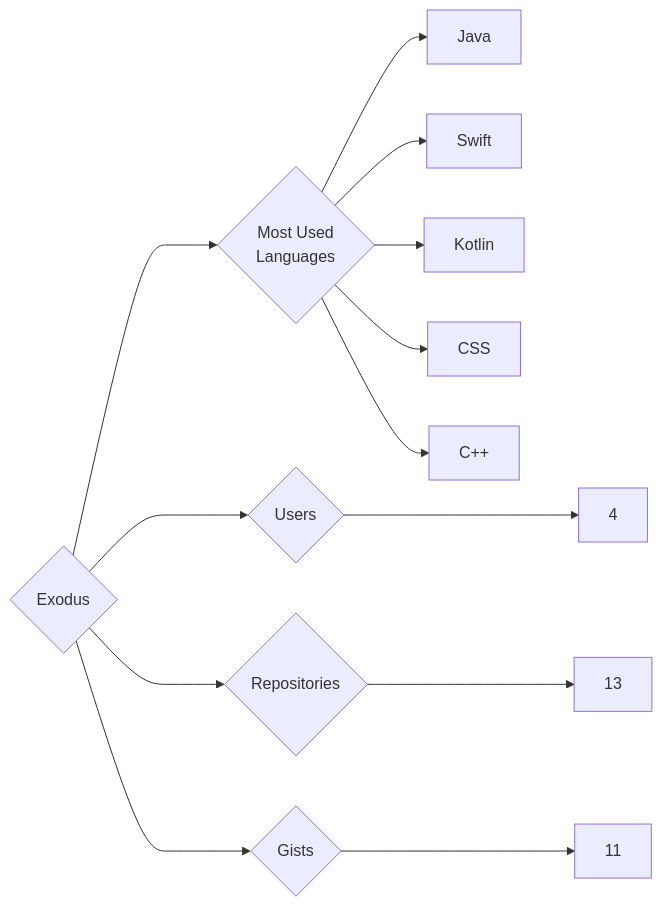
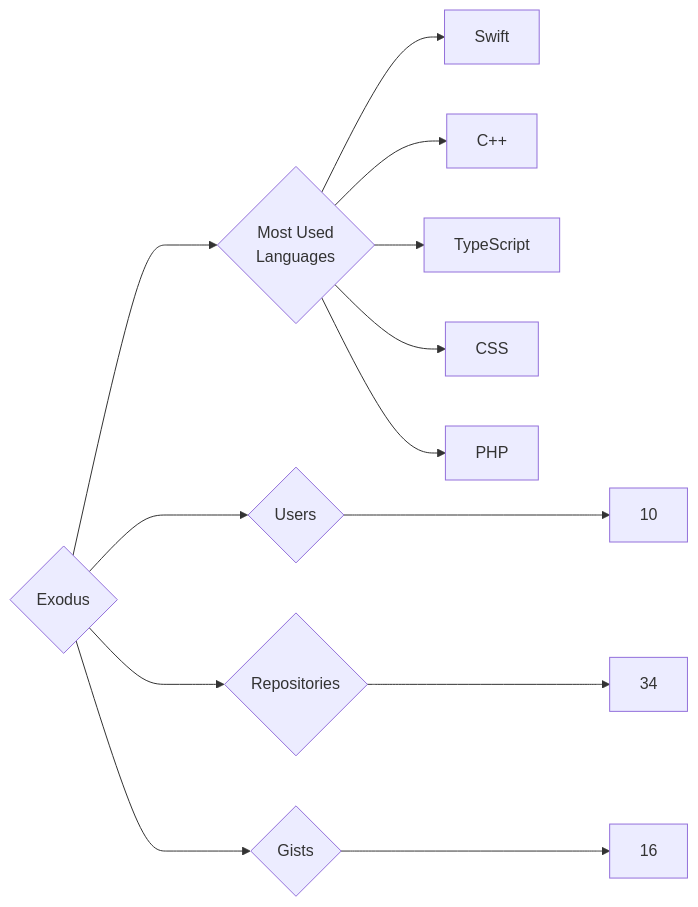
One commit to trickest/insiders changed the diagram in targets/Exodus/README.md. Above: the diagram before and after it, drawn with Mermaid. The commit also changed 1036 other files, not shown here.

````diff
--- a/targets/Exodus/README.md
+++ b/targets/Exodus/README.md
@@ -3,13 +3,13 @@
 ```mermaid
 graph LR
 COMPANY_NAME{Exodus}
-COMPANY_NAME ---> U{Users} ---> UN[4]
-COMPANY_NAME ---> R{Repositories} ---> RN[13]
-COMPANY_NAME ---> G{Gists} ---> GN[11]
+COMPANY_NAME ---> U{Users} ---> UN[10]
+COMPANY_NAME ---> R{Repositories} ---> RN[34]
+COMPANY_NAME ---> G{Gists} ---> GN[16]
 COMPANY_NAME ---> ML{Most Used<br>Languages}
-ML --> Java[Java]
 ML --> Swift[Swift]
-ML --> Kotlin[Kotlin]
+ML --> C++[C++]
+ML --> TypeScript[TypeScript]
 ML --> CSS[CSS]
-ML --> C++[C++]
+ML --> PHP[PHP]
 ```
````
